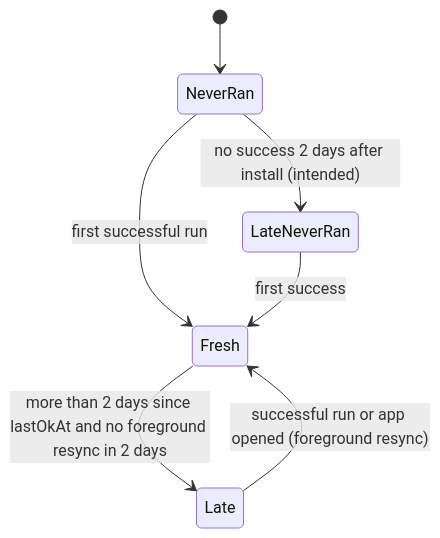
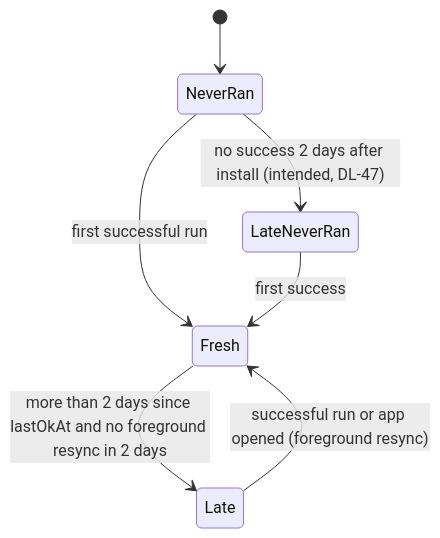
The sixth of 7 diagrams in docs/product/flows/06-reminders-reliability.md (evandroviskis/dosetrace), drawn with Mermaid before and after one commit. The commit also changed other lines of this file and 26 other files, not shown here.

Commit message:
docs/product: round-2 corrections propagated to PRD (G-1..G-233), TRD + dossiers, flows + Portuguese picture from the final registers; 105 diagrams parse; zero stale ids

````diff
--- a/docs/product/flows/06-reminders-reliability.md
+++ b/docs/product/flows/06-reminders-reliability.md
@@ -136,9 +137,9 @@
 ```mermaid
 stateDiagram-v2
     [*] --> NeverRan
     NeverRan --> Fresh: first successful run
-    NeverRan --> LateNeverRan: no success 2 days after install (intended)
+    NeverRan --> LateNeverRan: no success 2 days after install (intended, DL-47)
     Fresh --> Late: more than 2 days since lastOkAt and no foreground resync in 2 days
     Late --> Fresh: successful run or app opened (foreground resync)
     LateNeverRan --> Fresh: first success
 ```
````
